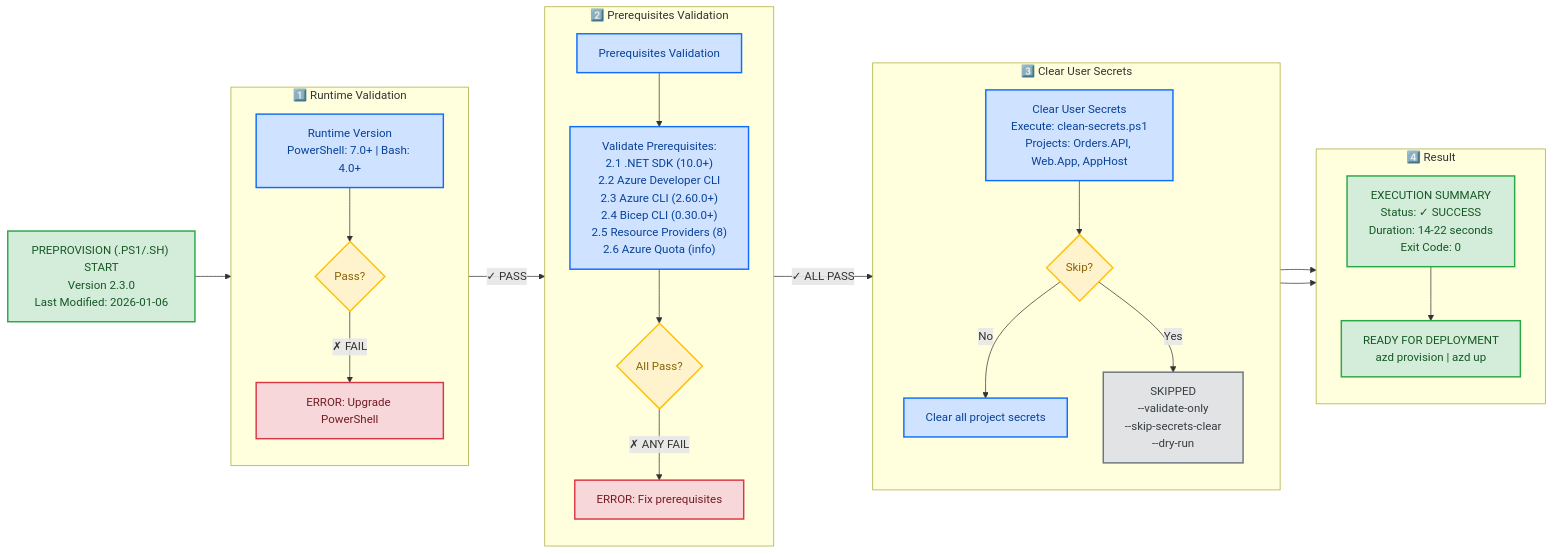
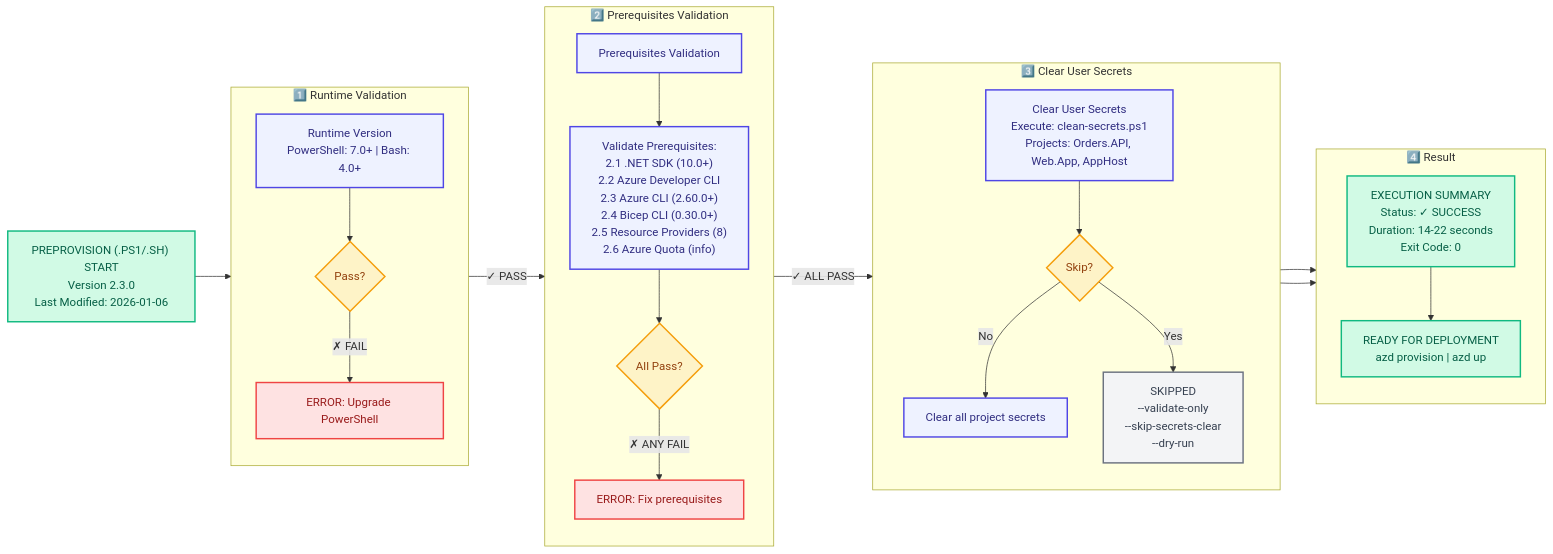
One commit to Evilazaro/Azure-LogicApps-Monitoring changed the third of 7 diagrams in docs/hooks/VALIDATION-WORKFLOW.md. Above: the diagram before and after it, drawn with Mermaid. The commit also changed other lines of this file and 11 other files, not shown here.

Commit message:
feat(docs): Update diagrams with modern color palette for improved accessibility and clarity

````diff
--- a/docs/hooks/VALIDATION-WORKFLOW.md
+++ b/docs/hooks/VALIDATION-WORKFLOW.md
@@ -237,60 +237,60 @@
 ```mermaid
 flowchart LR
     Start["PREPROVISION (.PS1/.SH) START<br/>Version 2.3.0<br/>Last Modified: 2026-01-06"]
 
     subgraph RuntimeCheck["1️⃣ Runtime Validation"]
         direction TB
         Step1["Runtime Version<br/>PowerShell: 7.0+ | Bash: 4.0+"]
         Decision1{Pass?}
         Error1["ERROR: Upgrade PowerShell"]
         Step1 --> Decision1
         Decision1 -->|✗ FAIL| Error1
     end
 
     subgraph PrereqCheck["2️⃣ Prerequisites Validation"]
         direction TB
         Step2["Prerequisites Validation"]
         Prereqs["Validate Prerequisites:<br/>2.1 .NET SDK (10.0+)<br/>2.2 Azure Developer CLI<br/>2.3 Azure CLI (2.60.0+)<br/>2.4 Bicep CLI (0.30.0+)<br/>2.5 Resource Providers (8)<br/>2.6 Azure Quota (info)"]
         Decision2{All Pass?}
         Error2["ERROR: Fix prerequisites"]
         Step2 --> Prereqs
         Prereqs --> Decision2
         Decision2 -->|✗ ANY FAIL| Error2
     end
 
     subgraph SecretsPhase["3️⃣ Clear User Secrets"]
         direction TB
         Step3["Clear User Secrets<br/>Execute: clean-secrets.ps1<br/>Projects: Orders.API, Web.App, AppHost"]
         Decision3{Skip?}
         ClearSecrets["Clear all project secrets"]
         Skip["SKIPPED<br/>--validate-only<br/>--skip-secrets-clear<br/>--dry-run"]
         Step3 --> Decision3
         Decision3 -->|No| ClearSecrets
         Decision3 -->|Yes| Skip
     end
 
     subgraph ResultPhase["4️⃣ Result"]
         direction TB
         Summary["EXECUTION SUMMARY<br/>Status: ✓ SUCCESS<br/>Duration: 14-22 seconds<br/>Exit Code: 0"]
         Ready["READY FOR DEPLOYMENT<br/>azd provision | azd up"]
         Summary --> Ready
     end
 
     Start --> RuntimeCheck
     Decision1 -->|✓ PASS| PrereqCheck
     Decision2 -->|✓ ALL PASS| SecretsPhase
     ClearSecrets --> ResultPhase
     Skip --> ResultPhase
 
-    classDef successClass fill:#d4edda,stroke:#28a745,stroke-width:2px,color:#155724
-    classDef errorClass fill:#f8d7da,stroke:#dc3545,stroke-width:2px,color:#721c24
-    classDef processClass fill:#cfe2ff,stroke:#0d6efd,stroke-width:2px,color:#084298
-    classDef decisionClass fill:#fff3cd,stroke:#ffc107,stroke-width:2px,color:#856404
-    classDef skipClass fill:#e2e3e5,stroke:#6c757d,stroke-width:2px,color:#383d41
+    classDef successClass fill:#D1FAE5,stroke:#10B981,stroke-width:2px,color:#065F46
+    classDef errorClass fill:#FEE2E2,stroke:#EF4444,stroke-width:2px,color:#991B1B
+    classDef processClass fill:#EEF2FF,stroke:#4F46E5,stroke-width:2px,color:#312E81
+    classDef decisionClass fill:#FEF3C7,stroke:#F59E0B,stroke-width:2px,color:#92400E
+    classDef skipClass fill:#F3F4F6,stroke:#6B7280,stroke-width:2px,color:#374151
 
     class Start,Summary,Ready successClass
     class Error1,Error2 errorClass
     class Step1,Step2,Prereqs,Step3,ClearSecrets processClass
     class Decision1,Decision2,Decision3 decisionClass
     class Skip skipClass
 ```
````
